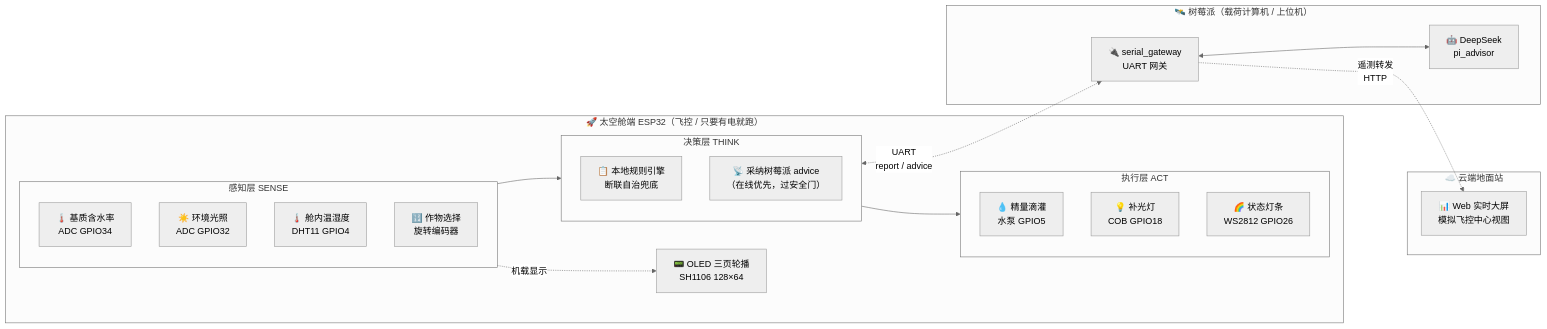
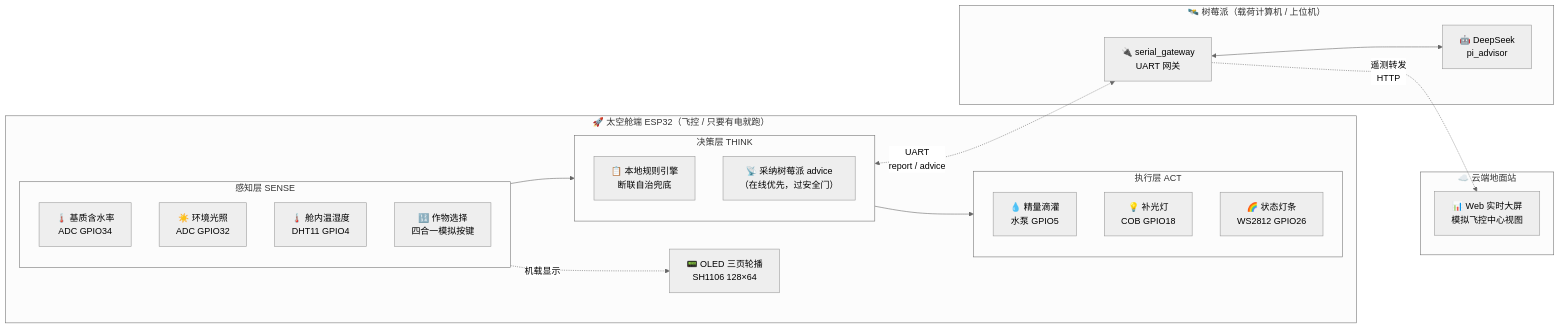
The diagram in README.md (Dora321/space-agriculture-capsule), drawn with Mermaid (neutral theme) before and after one commit. The commit also changed other lines of this file and 44 other files, not shown here.

````diff
--- a/README.md
+++ b/README.md
@@ -84,39 +84,39 @@
 ```mermaid
 flowchart LR
     subgraph SPACE["🚀 太空舱端 ESP32（飞控 / 只要有电就跑）"]
         subgraph SENSE["感知层 SENSE"]
             Soil["🌡️ 基质含水率<br/>ADC GPIO34"]
             LightS["☀️ 环境光照<br/>ADC GPIO32"]
             DHT["🌡️ 舱内温湿度<br/>DHT11 GPIO4"]
-            DIP["🔢 作物选择<br/>旋转编码器"]
+            DIP["🔢 作物选择<br/>四合一模拟按键"]
         end
 
         subgraph THINK["决策层 THINK"]
             Local["📋 本地规则引擎<br/>断联自治兜底"]
             PiAdv["📡 采纳树莓派 advice<br/>（在线优先，过安全门）"]
         end
 
         subgraph ACT["执行层 ACT"]
             Pump["💧 精量滴灌<br/>水泵 GPIO5"]
             Lamp["💡 补光灯<br/>COB GPIO18"]
             Strip["🌈 状态灯条<br/>WS2812 GPIO26"]
         end
 
         SENSE --> THINK
         THINK --> ACT
         SENSE -.->|机载显示| OLED["📟 OLED 三页轮播<br/>SH1106 128×64"]
     end
 
     subgraph PI["🛰️ 树莓派（载荷计算机 / 上位机）"]
         GW["🔌 serial_gateway<br/>UART 网关"]
         AI["🤖 DeepSeek<br/>pi_advisor"]
         GW <--> AI
     end
 
     subgraph GROUND["☁️ 云端地面站"]
         Web["📊 Web 实时大屏<br/>模拟飞控中心视图"]
     end
 
     THINK <-.->|UART<br/>report / advice| GW
     GW -.->|遥测转发<br/>HTTP| Web
 ```
````
